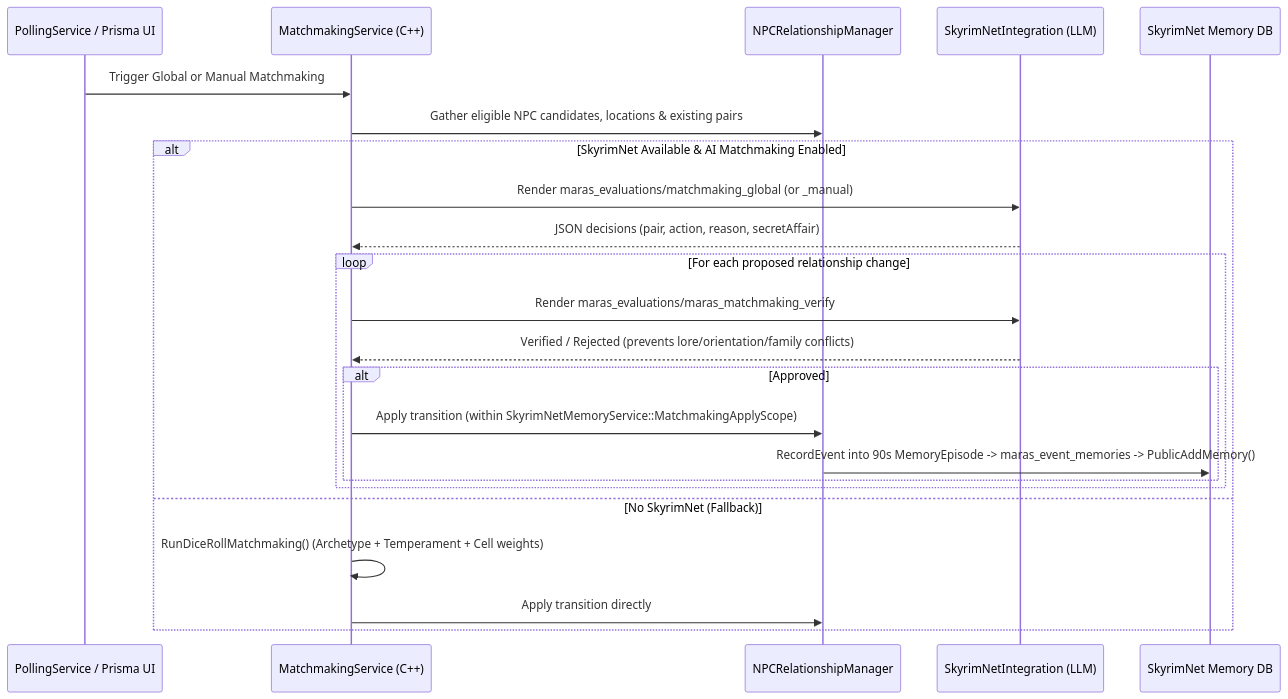
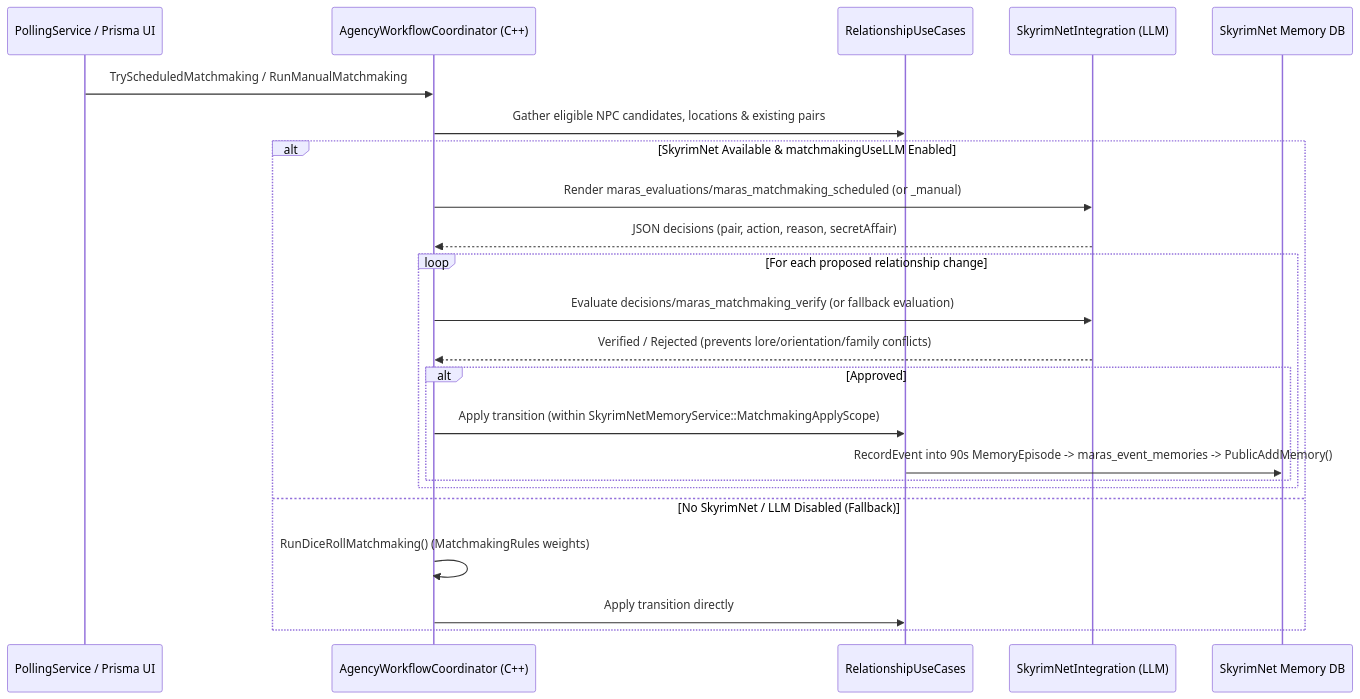
Before and after one commit to tetherball88/maras: the first of 2 diagrams in docs/modder/SKYRIMNET_AND_AI_INTEGRATION.md, drawn with Mermaid. The commit also changed other lines of this file and 120 other files, not shown here.

Commit message:
P4.3 — Final Architectural Sign-Off & Documentation Sync

````diff
--- a/docs/modder/SKYRIMNET_AND_AI_INTEGRATION.md
+++ b/docs/modder/SKYRIMNET_AND_AI_INTEGRATION.md
@@ -76,26 +76,26 @@
 ```mermaid
 sequenceDiagram
     participant Scheduler as PollingService / Prisma UI
-    participant MM as MatchmakingService (C++)
-    participant Rel as NPCRelationshipManager
+    participant Coord as AgencyWorkflowCoordinator (C++)
+    participant Rel as RelationshipUseCases
     participant SNet as SkyrimNetIntegration (LLM)
     participant Mem as SkyrimNet Memory DB
 
-    Scheduler->>MM: Trigger Global or Manual Matchmaking
-    MM->>Rel: Gather eligible NPC candidates, locations & existing pairs
-    alt SkyrimNet Available & AI Matchmaking Enabled
-        MM->>SNet: Render maras_evaluations/matchmaking_global (or _manual)
-        SNet-->>MM: JSON decisions (pair, action, reason, secretAffair)
+    Scheduler->>Coord: TryScheduledMatchmaking / RunManualMatchmaking
+    Coord->>Rel: Gather eligible NPC candidates, locations & existing pairs
+    alt SkyrimNet Available & matchmakingUseLLM Enabled
+        Coord->>SNet: Render maras_evaluations/maras_matchmaking_scheduled (or _manual)
+        SNet-->>Coord: JSON decisions (pair, action, reason, secretAffair)
         loop For each proposed relationship change
-            MM->>SNet: Render maras_evaluations/maras_matchmaking_verify
-            SNet-->>MM: Verified / Rejected (prevents lore/orientation/family conflicts)
+            Coord->>SNet: Evaluate decisions/maras_matchmaking_verify (or fallback evaluation)
+            SNet-->>Coord: Verified / Rejected (prevents lore/orientation/family conflicts)
             alt Approved
-                MM->>Rel: Apply transition (within SkyrimNetMemoryService::MatchmakingApplyScope)
+                Coord->>Rel: Apply transition (within SkyrimNetMemoryService::MatchmakingApplyScope)
                 Rel->>Mem: RecordEvent into 90s MemoryEpisode -> maras_event_memories -> PublicAddMemory()
             end
         end
-    else No SkyrimNet (Fallback)
-        MM->>MM: RunDiceRollMatchmaking() (Archetype + Temperament + Cell weights)
-        MM->>Rel: Apply transition directly
+    else No SkyrimNet / LLM Disabled (Fallback)
+        Coord->>Coord: RunDiceRollMatchmaking() (MatchmakingRules weights)
+        Coord->>Rel: Apply transition directly
     end
 ```
````
